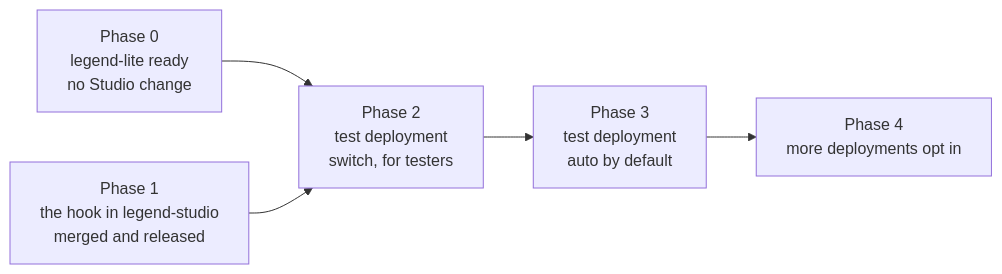
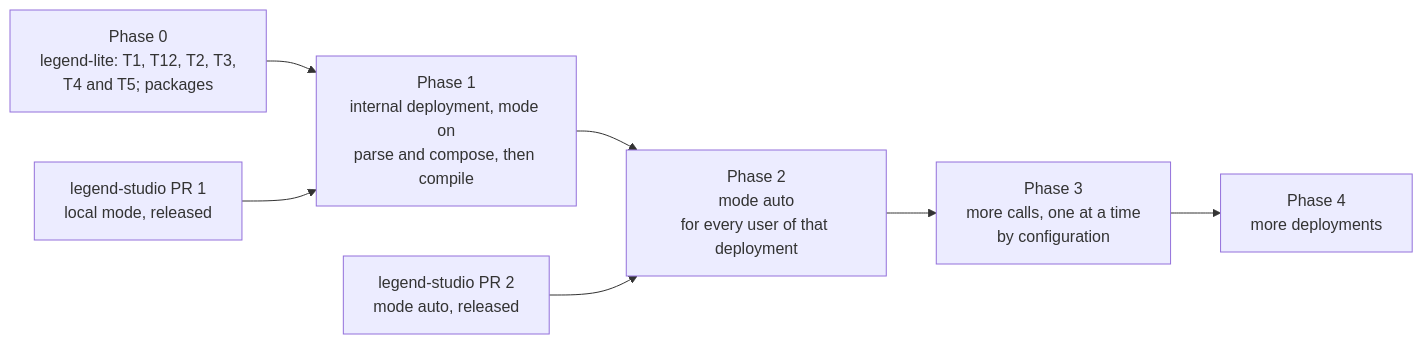
One commit to MauricioUyaguari/legend-lite changed the fourth of 4 diagrams in docs/LEGEND_STUDIO_TEXT_MODE_PLAN_2026_11_23.md. Above: the diagram before and after it, drawn with Mermaid. The commit also changed other lines of this file and 2 other files, not shown here.

First line of the commit message:
docs: the Studio plan cut by engine call -- local mode, a config flag, a project check, a growing set of calls

````diff
--- a/docs/LEGEND_STUDIO_TEXT_MODE_PLAN_2026_11_23.md
+++ b/docs/LEGEND_STUDIO_TEXT_MODE_PLAN_2026_11_23.md
@@ -425,7 +460,9 @@
 ```mermaid
 flowchart LR
-    P0["Phase 0<br/>legend-lite ready<br/>no Studio change"] --> P2
-    P1["Phase 1<br/>the hook in legend-studio<br/>merged and released"] --> P2
-    P2["Phase 2<br/>test deployment<br/>switch, for testers"] --> P3["Phase 3<br/>test deployment<br/>auto by default"]
-    P3 --> P4["Phase 4<br/>more deployments opt in"]
+    P0["Phase 0<br/>legend-lite: T1, T12, T2, T3,<br/>T4 and T5; packages"] --> P1
+    PR1["legend-studio PR 1<br/>local mode, released"] --> P1
+    P1["Phase 1<br/>internal deployment, mode on<br/>parse and compose, then compile"] --> P2
+    PR2["legend-studio PR 2<br/>mode auto, released"] --> P2
+    P2["Phase 2<br/>mode auto<br/>for every user of that deployment"] --> P3["Phase 3<br/>more calls, one at a time<br/>by configuration"]
+    P3 --> P4["Phase 4<br/>more deployments"]
 ```
````
